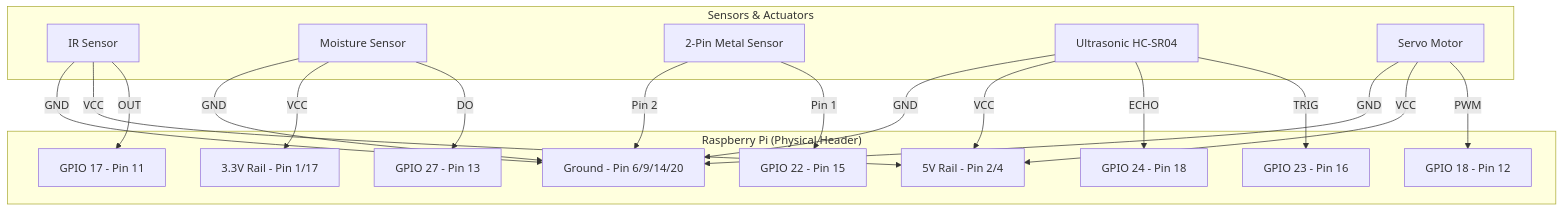
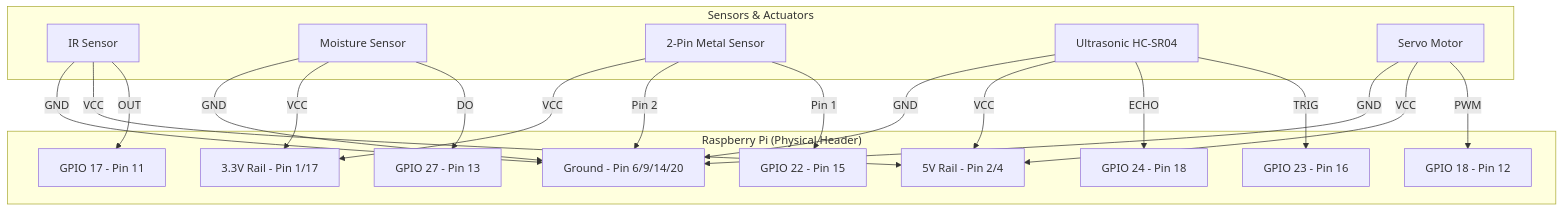
Before and after one commit to Blunistark/Diwaker-Capstone: the diagram in connection.md, drawn with Mermaid. The commit also changed 1 other file, not shown here.

Commit message:
feat: add metal sensor driver class and update connection documentation for VCC pin

````diff
--- a/connection.md
+++ b/connection.md
@@ -7,47 +7,48 @@
 ```mermaid
 graph TD
     subgraph "Raspberry Pi (Physical Header)"
         P11[GPIO 17 - Pin 11]
         P13[GPIO 27 - Pin 13]
         P15[GPIO 22 - Pin 15]
         P16[GPIO 23 - Pin 16]
         P18[GPIO 24 - Pin 18]
         P12[GPIO 18 - Pin 12]
         V5[5V Rail - Pin 2/4]
         V3[3.3V Rail - Pin 1/17]
         GND[Ground - Pin 6/9/14/20]
     end
 
     subgraph "Sensors & Actuators"
         IR[IR Sensor]
         MS[Moisture Sensor]
         MET[2-Pin Metal Sensor]
         ULT[Ultrasonic HC-SR04]
         SRV[Servo Motor]
     end
 
     %% IR Sensor
     IR -- OUT --> P11
     IR -- VCC --> V5
     IR -- GND --> GND
 
     %% Moisture Sensor
     MS -- DO --> P13
     MS -- VCC --> V3
     MS -- GND --> GND
 
     %% 2-Pin Metal Sensor (Assuming Switch Mode)
     MET -- Pin 1 --> P15
     MET -- Pin 2 --> GND
+    MET -- VCC --> V3
 
     %% Ultrasonic Sensor
     ULT -- TRIG --> P16
     ULT -- ECHO --> P18
     ULT -- VCC --> V5
     ULT -- GND --> GND
 
     %% Servo
     SRV -- PWM --> P12
     SRV -- VCC --> V5
     SRV -- GND --> GND
 ```
````
